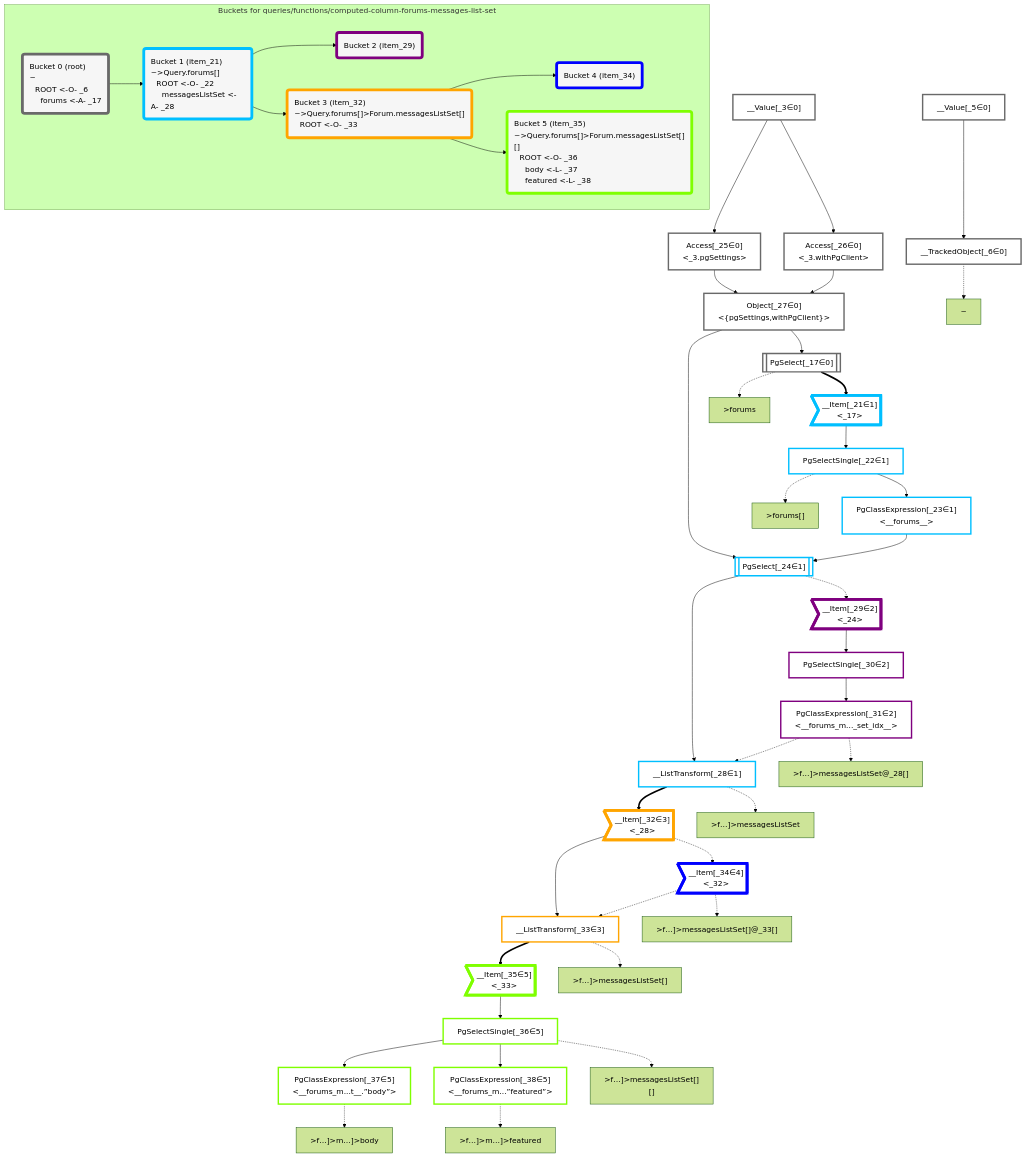
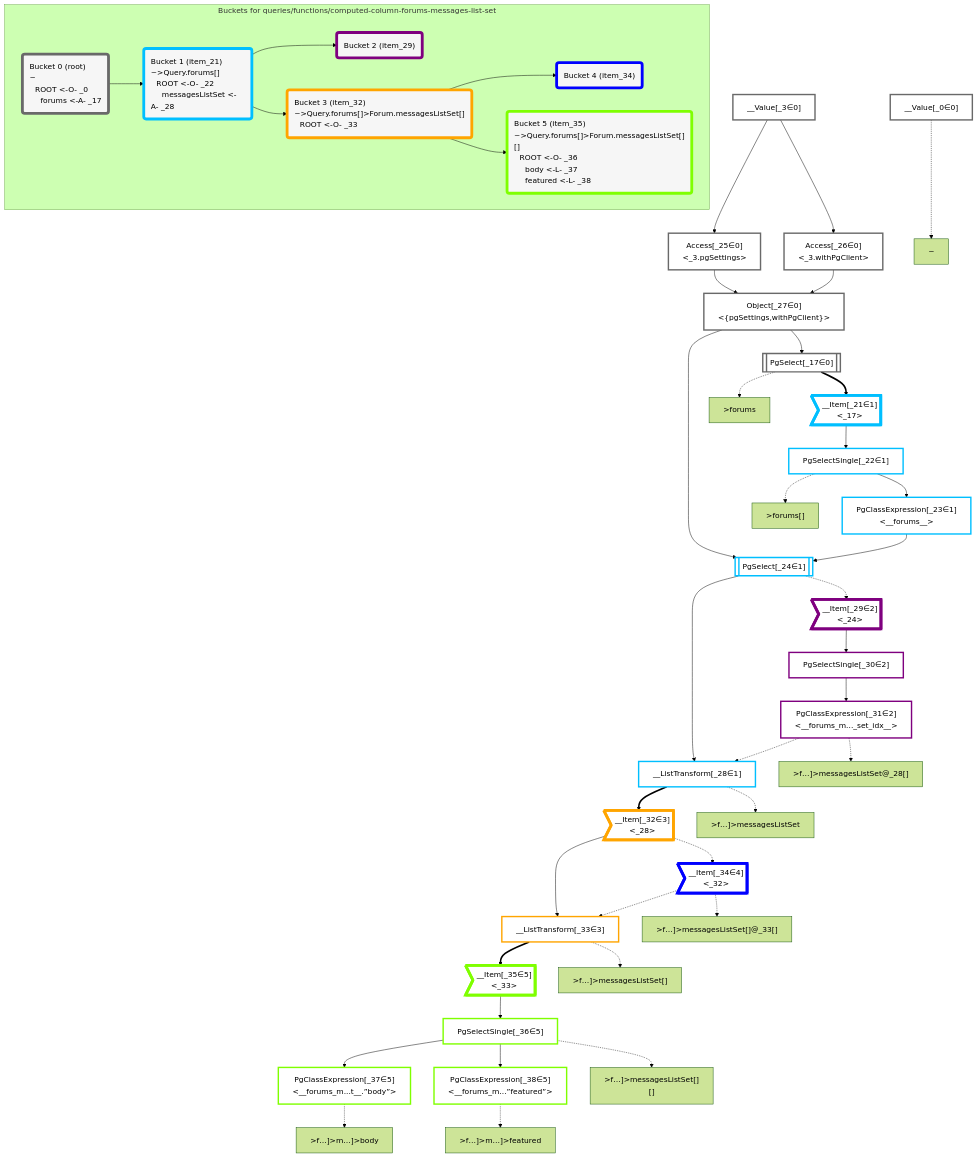
One commit to graphile/crystal changed the diagram in packages/dataplan-pg/__tests__/queries/functions/computed-column-forums-messages-list-set.deopt.mermaid.md. Above: the diagram before and after it, drawn with Mermaid (forest theme). The commit also changed 193 other files, not shown here.

Commit message:
Update test plan snapshots with new root plan

```diff
--- a/packages/dataplan-pg/__tests__/queries/functions/computed-column-forums-messages-list-set.deopt.mermaid.md
+++ b/packages/dataplan-pg/__tests__/queries/functions/computed-column-forums-messages-list-set.deopt.mermaid.md
@@ -8,9 +8,8 @@
 
 
     %% define plans
+    __Value_0["__Value[_0∈0]"]:::plan
     __Value_3["__Value[_3∈0]<br /><context>"]:::plan
-    __Value_5["__Value[_5∈0]<br /><rootValue>"]:::plan
-    __TrackedObject_6["__TrackedObject[_6∈0]"]:::plan
     PgSelect_17[["PgSelect[_17∈0]<br /><forums>"]]:::plan
     __Item_21>"__Item[_21∈1]<br /><_17>"]:::itemplan
     PgSelectSingle_22["PgSelectSingle[_22∈1]<br /><forums>"]:::plan
@@ -32,7 +31,6 @@
     PgClassExpression_38["PgClassExpression[_38∈5]<br /><__forums_m...”featured”>"]:::plan
 
     %% plan dependencies
-    __Value_5 --> __TrackedObject_6
     Object_27 --> PgSelect_17
     PgSelect_17 ==> __Item_21
     __Item_21 --> PgSelectSingle_22
@@ -58,8 +56,8 @@
     PgSelectSingle_36 --> PgClassExpression_38
 
     %% plan-to-path relationships
-    P_6["~"]
-    __TrackedObject_6 -.-> P_6
+    P_0["~"]
+    __Value_0 -.-> P_0
     P_17[">forums"]
     PgSelect_17 -.-> P_17
     P_22[">forums[]"]
@@ -81,7 +79,7 @@
 
     %% allocate buckets
     classDef bucket0 stroke:#696969
-    class __Value_3,__Value_5,__TrackedObject_6,PgSelect_17,Access_25,Access_26,Object_27 bucket0
+    class __Value_0,__Value_3,PgSelect_17,Access_25,Access_26,Object_27 bucket0
     classDef bucket1 stroke:#00bfff
     class __Item_21,PgSelectSingle_22,PgClassExpression_23,PgSelect_24,__ListTransform_28 bucket1
     classDef bucket2 stroke:#7f007f
@@ -94,7 +92,7 @@
     class __Item_35,PgSelectSingle_36,PgClassExpression_37,PgClassExpression_38 bucket5
 
     subgraph "Buckets for queries/functions/computed-column-forums-messages-list-set"
-    Bucket0("Bucket 0 (root)<br />~<br />⠀ROOT <-O- _6<br />⠀⠀forums <-A- _17"):::bucket
+    Bucket0("Bucket 0 (root)<br />~<br />⠀ROOT <-O- _0<br />⠀⠀forums <-A- _17"):::bucket
     style Bucket0 stroke:#696969
     Bucket1("Bucket 1 (item_21)<br />~>Query.forums[]<br />⠀ROOT <-O- _22<br />⠀⠀messagesListSet <-A- _28"):::bucket
     style Bucket1 stroke:#00bfff
```
